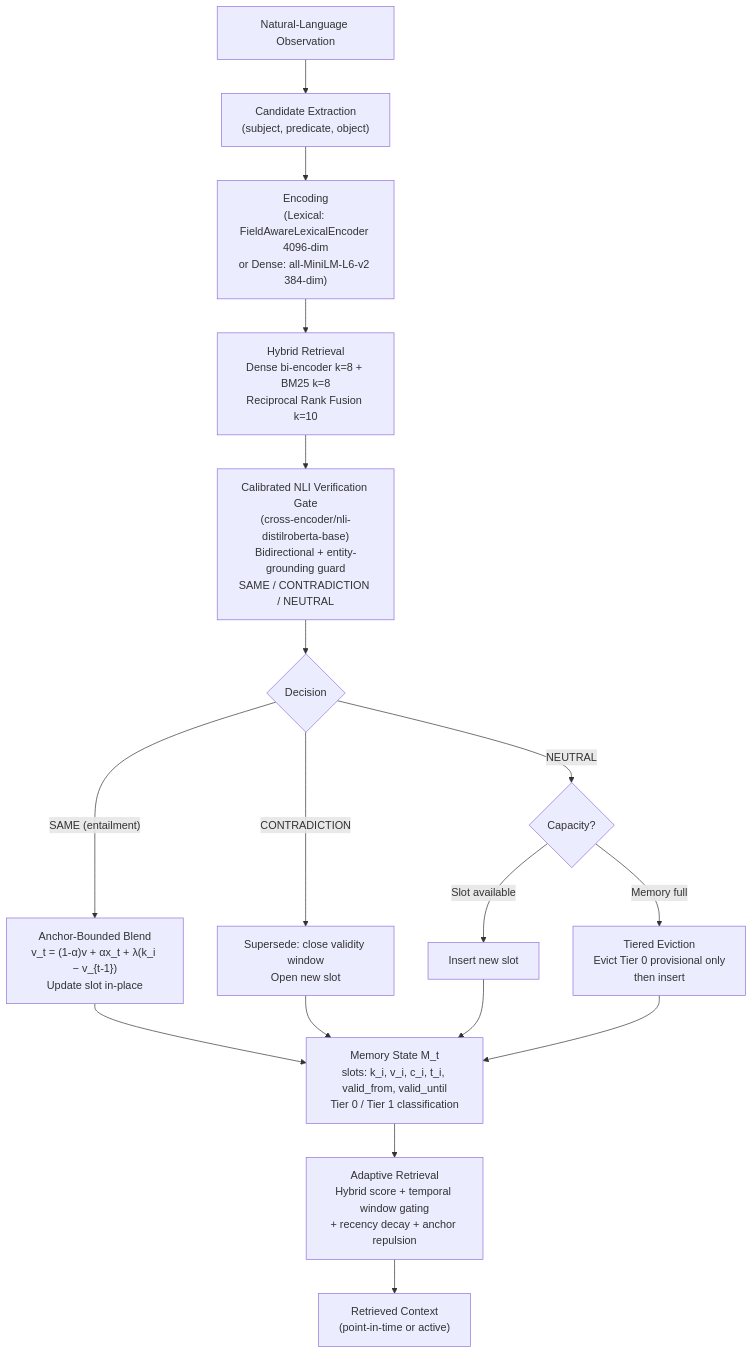
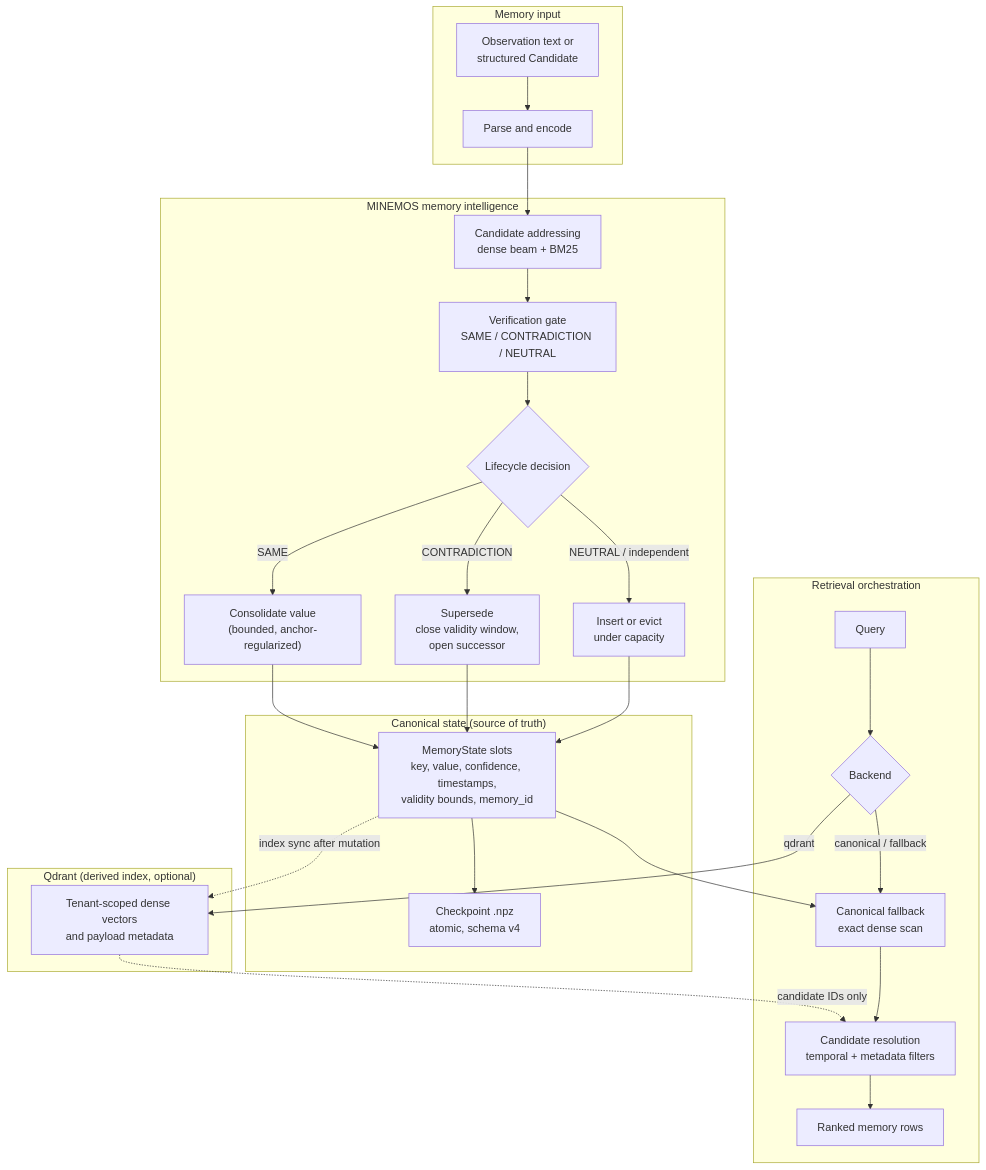
Before and after one commit to robel-samuel/MINEMOS: the diagram in README.md, drawn with Mermaid. The commit also changed other lines of this file and 16 other files, not shown here.

````diff
--- a/README.md
+++ b/README.md
@@ -145,19 +116,52 @@
 ```mermaid
 flowchart TD
-    A["Natural-Language Observation"] --> B["Candidate Extraction\n(subject, predicate, object)"]
-    B --> C["Encoding\n(Lexical: FieldAwareLexicalEncoder 4096-dim\nor Dense: all-MiniLM-L6-v2 384-dim)"]
-    C --> D["Hybrid Retrieval\nDense bi-encoder k=8 + BM25 k=8\nReciprocal Rank Fusion k=10"]
-    D --> E["Calibrated NLI Verification Gate\n(cross-encoder/nli-distilroberta-base)\nBidirectional + entity-grounding guard\nSAME / CONTRADICTION / NEUTRAL"]
-    E --> F{"Decision"}
-    F -- "SAME (entailment)" --> G["Anchor-Bounded Blend\nv_t = (1-α)v + αx_t + λ(k_i − v_{t-1})\nUpdate slot in-place"]
-    F -- "CONTRADICTION" --> H["Supersede: close validity window\nOpen new slot"]
-    F -- "NEUTRAL" --> I{"Capacity?"}
-    I -- "Slot available" --> J["Insert new slot"]
-    I -- "Memory full" --> K["Tiered Eviction\nEvict Tier 0 provisional only\nthen insert"]
-    G --> L["Memory State M_t\nslots: k_i, v_i, c_i, t_i, valid_from, valid_until\nTier 0 / Tier 1 classification"]
-    H --> L
-    J --> L
-    K --> L
-    L --> M["Adaptive Retrieval\nHybrid score + temporal window gating\n+ recency decay + anchor repulsion"]
-    M --> N["Retrieved Context\n(point-in-time or active)"]
+    subgraph Input["Memory input"]
+        A["Observation text or<br/>structured Candidate"]
+        B["Parse and encode"]
+    end
+
+    subgraph Intelligence["MINEMOS memory intelligence"]
+        C["Candidate addressing<br/>dense beam + BM25"]
+        D["Verification gate<br/>SAME / CONTRADICTION / NEUTRAL"]
+        E{"Lifecycle decision"}
+        E1["Consolidate value<br/>(bounded, anchor-regularized)"]
+        E2["Supersede<br/>close validity window,<br/>open successor"]
+        E3["Insert or evict<br/>under capacity"]
+    end
+
+    subgraph Canonical["Canonical state (source of truth)"]
+        F["MemoryState slots<br/>key, value, confidence, timestamps,<br/>validity bounds, memory_id"]
+        G["Checkpoint .npz<br/>atomic, schema v4"]
+    end
+
+    subgraph Retrieval["Retrieval orchestration"]
+        H["Query"]
+        R{"Backend"}
+        I["Candidate resolution<br/>temporal + metadata filters"]
+        K["Canonical fallback<br/>exact dense scan"]
+        L["Ranked memory rows"]
+    end
+
+    subgraph Index["Qdrant (derived index, optional)"]
+        Q["Tenant-scoped dense vectors<br/>and payload metadata"]
+    end
+
+    A --> B --> C --> D --> E
+    E -- "SAME" --> E1
+    E -- "CONTRADICTION" --> E2
+    E -- "NEUTRAL / independent" --> E3
+
+    E1 --> F
+    E2 --> F
+    E3 --> F
+    F --> G
+
+    H --> R
+    R -- "qdrant" --> Q
+    Q -. "candidate IDs only" .-> I
+    R -- "canonical / fallback" --> K
+    F --> K
+    F -. "index sync after mutation" .-> Q
+    K --> I
+    I --> L
 ```
````
